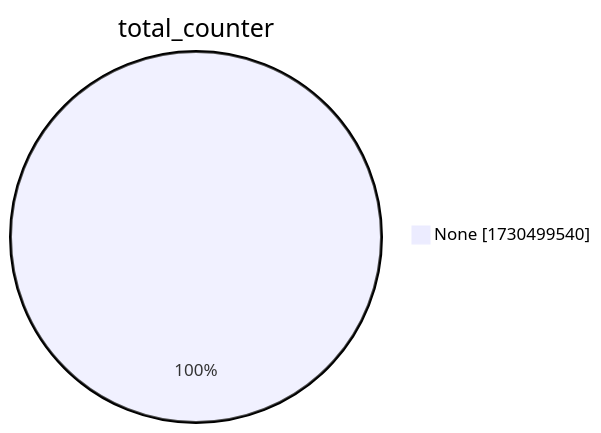
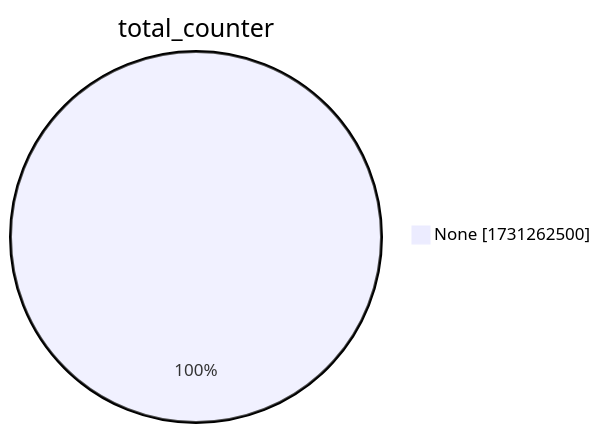
The second of 15 diagrams in xenon2022/README.md (christiankrug/ctmonitor_visualization), drawn with Mermaid before and after one commit. The commit also changed other lines of this file, not shown here.

````diff
--- a/xenon2022/README.md
+++ b/xenon2022/README.md
@@ -9,5 +9,5 @@
 ```mermaid
 pie showData
 title total_counter
-"None" :1730499540
+"None" :1731262500
 ```
````
